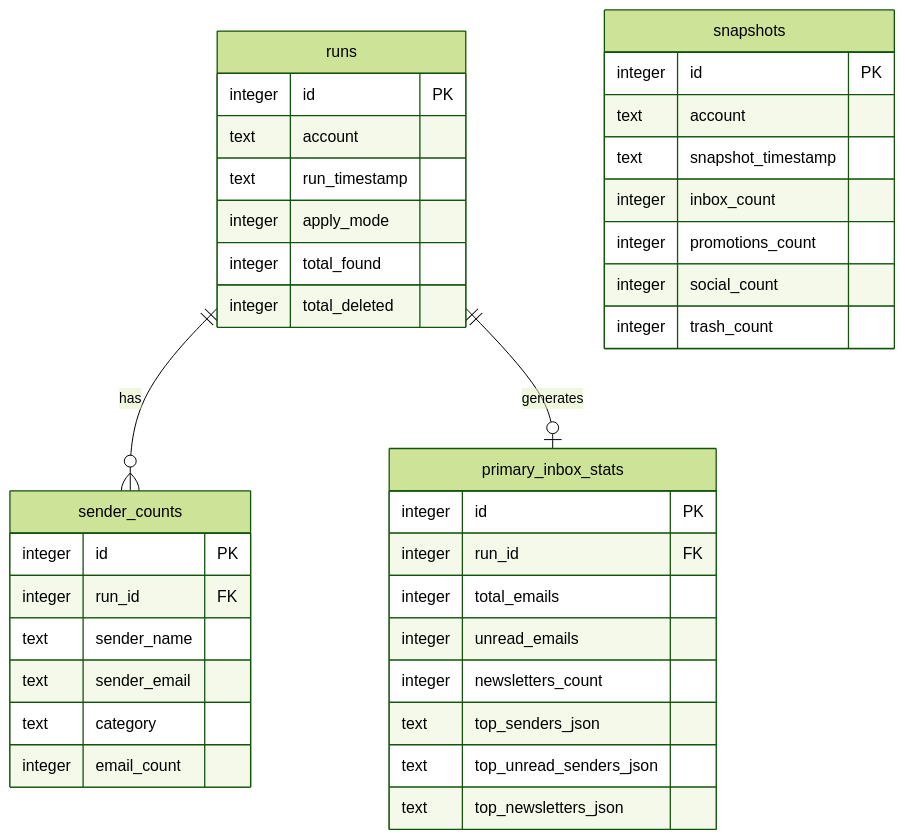
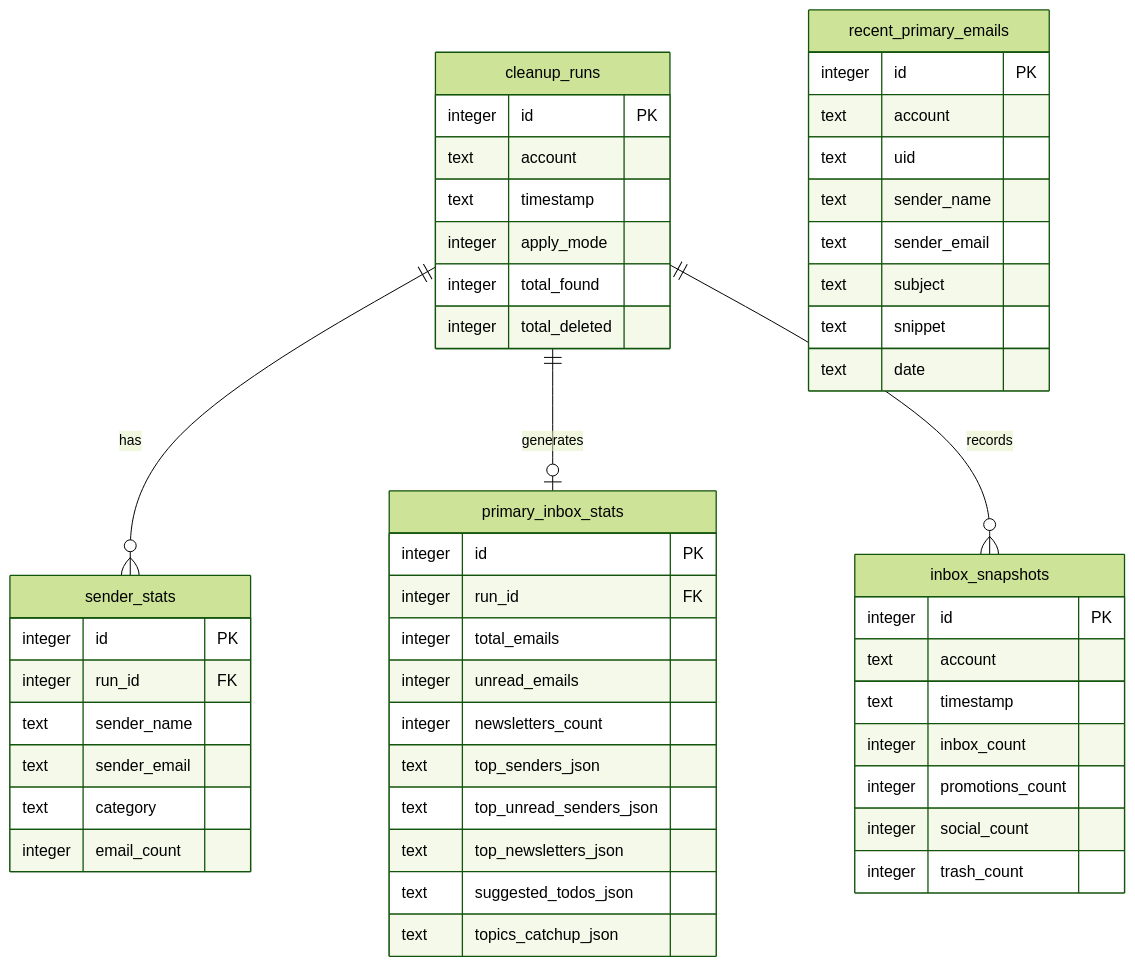
Before and after one commit to sadrian94/gmail-auto-cleanup: the diagram in docs/architecture.md, drawn with Mermaid (forest theme). The commit also changed other lines of this file and 1 other file, not shown here.

Commit message:
docs: update README and architecture to reflect all current features (AI layer, content scanning, labels, tabbed dashboard)

````diff
--- a/docs/architecture.md
+++ b/docs/architecture.md
@@ -80,41 +160,54 @@
 ```mermaid
 erDiagram
-    runs {
+    cleanup_runs {
         integer id PK
         text account
-        text run_timestamp
+        text timestamp
         integer apply_mode
         integer total_found
         integer total_deleted
     }
-    snapshots {
+    inbox_snapshots {
         integer id PK
         text account
-        text snapshot_timestamp
+        text timestamp
         integer inbox_count
         integer promotions_count
         integer social_count
         integer trash_count
     }
-    sender_counts {
+    sender_stats {
         integer id PK
         integer run_id FK
         text sender_name
         text sender_email
         text category
         integer email_count
     }
     primary_inbox_stats {
         integer id PK
         integer run_id FK
         integer total_emails
         integer unread_emails
         integer newsletters_count
         text top_senders_json
         text top_unread_senders_json
         text top_newsletters_json
+        text suggested_todos_json
+        text topics_catchup_json
     }
-    
-    runs ||--o{ sender_counts : "has"
-    runs ||--o| primary_inbox_stats : "generates"
+    recent_primary_emails {
+        integer id PK
+        text account
+        text uid
+        text sender_name
+        text sender_email
+        text subject
+        text snippet
+        text date
+    }
+
+    cleanup_runs ||--o{ sender_stats : "has"
+    cleanup_runs ||--o| primary_inbox_stats : "generates"
+    cleanup_runs ||--o{ inbox_snapshots : "records"
 ```
````
